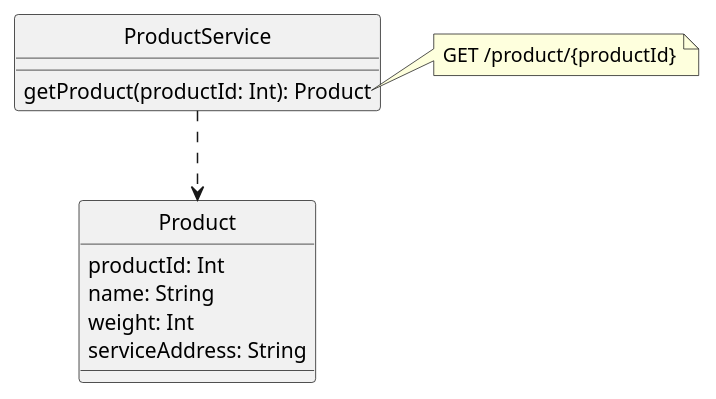
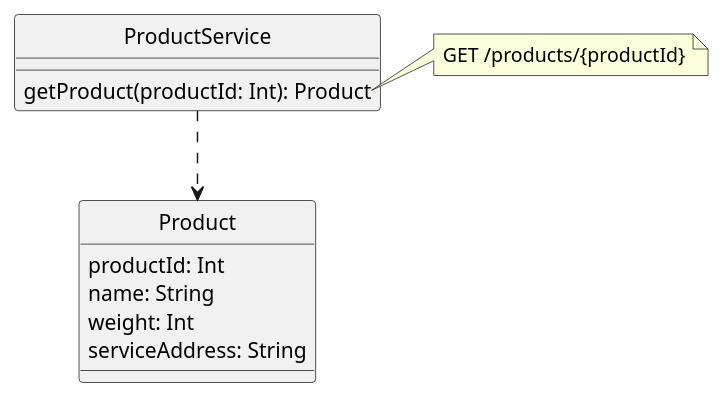
The third of 8 diagrams in docs/kata/Microservices with Spring Boot 3 and Spring Cloud - Third Edition/3 Creating a Set of Cooperating Microservices.md (teddyprogramming/teddyprogramming.github.io), drawn with PlantUML before and after one commit. The commit also changed other lines of this file, not shown here.

````diff
--- a/docs/kata/Microservices with Spring Boot 3 and Spring Cloud - Third Edition/3 Creating a Set of Cooperating Microservices.md
+++ b/docs/kata/Microservices with Spring Boot 3 and Spring Cloud - Third Edition/3 Creating a Set of Cooperating Microservices.md
@@ -112,19 +98,19 @@
 ```plantuml
 hide circle
 
 class ProductService {
     getProduct(productId: Int): Product
 }
 note right of ProductService::getProduct
-GET /product/{productId}
+GET /products/{productId}
 end note
 
 class Product {
     productId: Int
     name: String
     weight: Int
     serviceAddress: String
 }
 
 ProductService ..> Product
 ```
````
